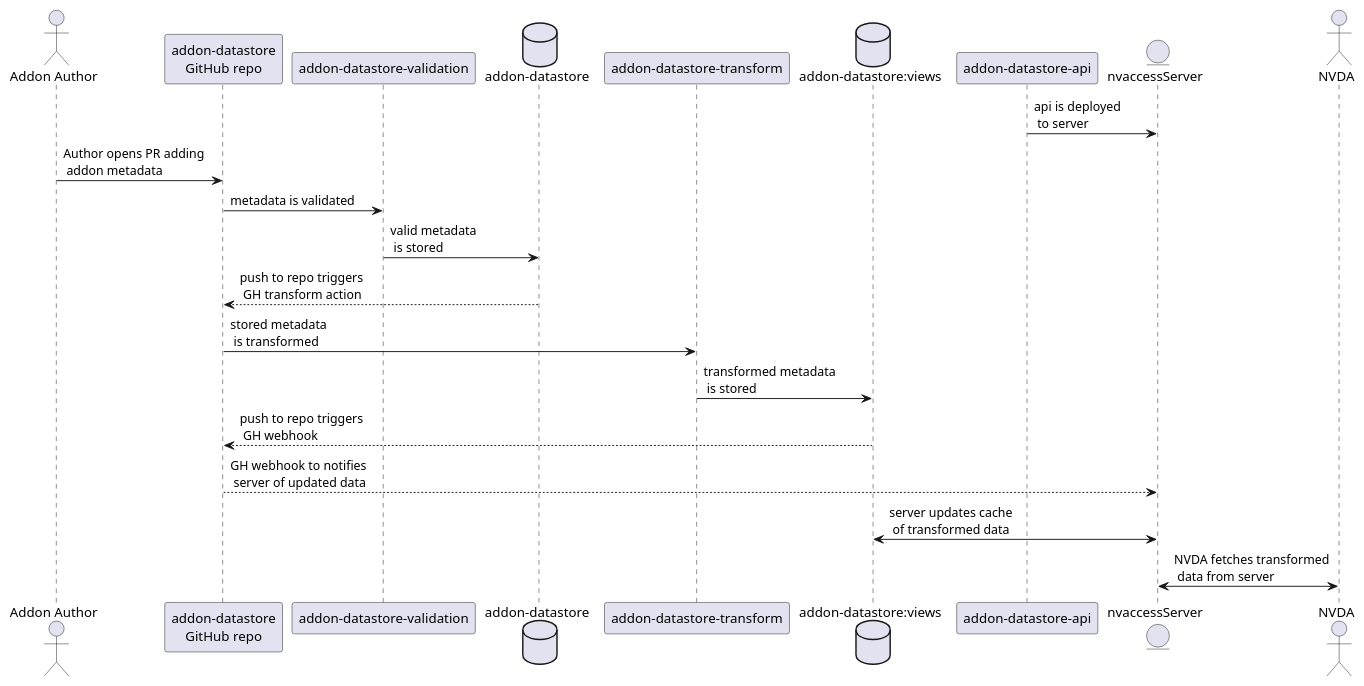
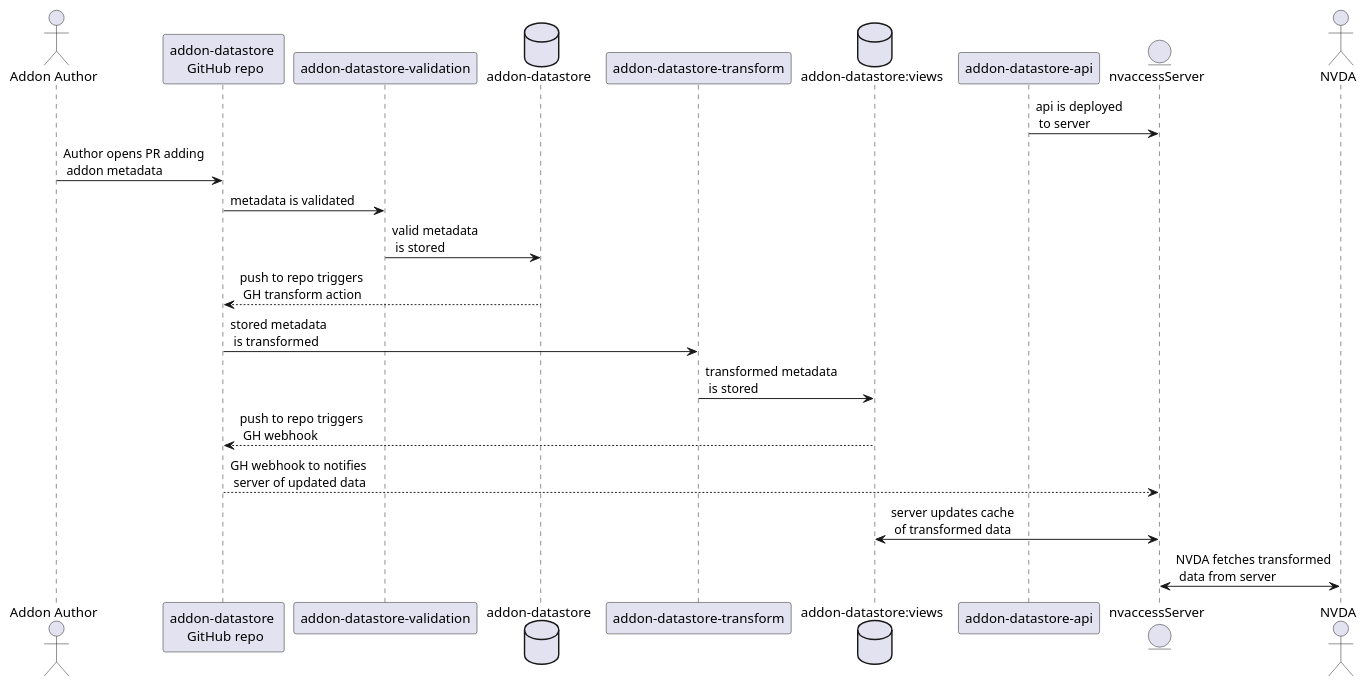
Before and after one commit to nvaccess/addon-datastore: the diagram in docs/design/designOverview.puml, drawn with PlantUML.

Commit message:
improve newline readability

```diff
--- a/docs/design/designOverview.puml
+++ b/docs/design/designOverview.puml
@@ -4,26 +4,26 @@
 @startuml addonStoreOverview
 actor "Addon Author" as author
-participant "addon-datastore\nGitHub repo" as datastoreGH
+participant "addon-datastore \n GitHub repo" as datastoreGH
 participant "addon-datastore-validation" as validation
 database "addon-datastore" as datastore
 participant "addon-datastore-transform" as transform
 database "addon-datastore:views" as views
 participant "addon-datastore-api" as api
 entity nvaccessServer as server
 actor NVDA
 
 api -> server : api is deployed \n to server
 
 author -> datastoreGH :  Author opens PR adding \n addon metadata
 datastoreGH -> validation : metadata is validated
 validation -> datastore : valid metadata \n is stored
 
 datastore --> datastoreGH : push to repo triggers \n GH transform action
 datastoreGH -> transform : stored metadata \n is transformed
 transform -> views : transformed metadata \n is stored
 views --> datastoreGH : push to repo triggers \n GH webhook
 datastoreGH --> server : GH webhook to notifies \n server of updated data 
 
 server <-> views : server updates cache \n of transformed data
 NVDA <-> server : NVDA fetches transformed \n data from server
 @enduml
```
